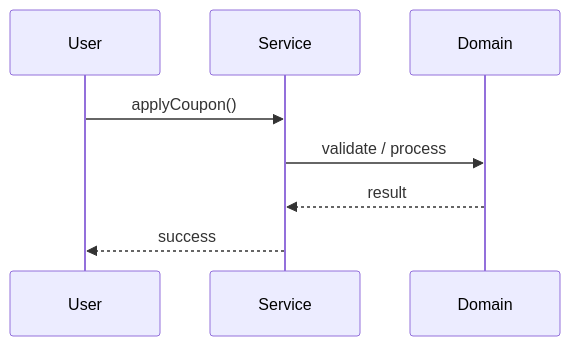
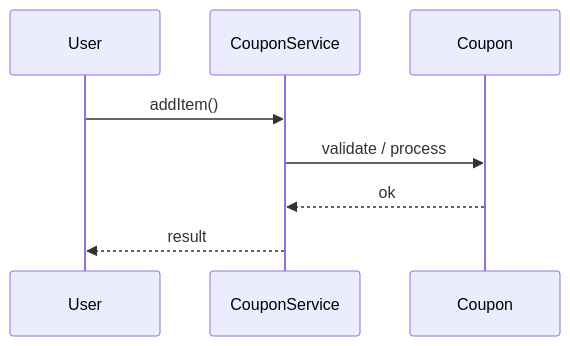
The second of 3 diagrams in Learn/System Design - Low Level Design/02-classic-ood/questions/Q49-coupon-engine.md (madhupaila/Interview-Prep-SSE), drawn with Mermaid before and after one commit. The commit also changed other lines of this file and 491 other files, not shown here.

````diff
--- a/Learn/System Design - Low Level Design/02-classic-ood/questions/Q49-coupon-engine.md
+++ b/Learn/System Design - Low Level Design/02-classic-ood/questions/Q49-coupon-engine.md
@@ -121,10 +149,10 @@
 ```mermaid
 sequenceDiagram
-    participant U as User
-    participant S as Service
-    participant D as Domain
-    U->>S: applyCoupon()
-    S->>D: validate / process
-    D-->>S: result
-    S-->>U: success
+participant U as User
+participant S as CouponService
+participant D as Coupon
+U->>S: addItem()
+S->>D: validate / process
+D-->>S: ok
+S-->>U: result
 ```
````
